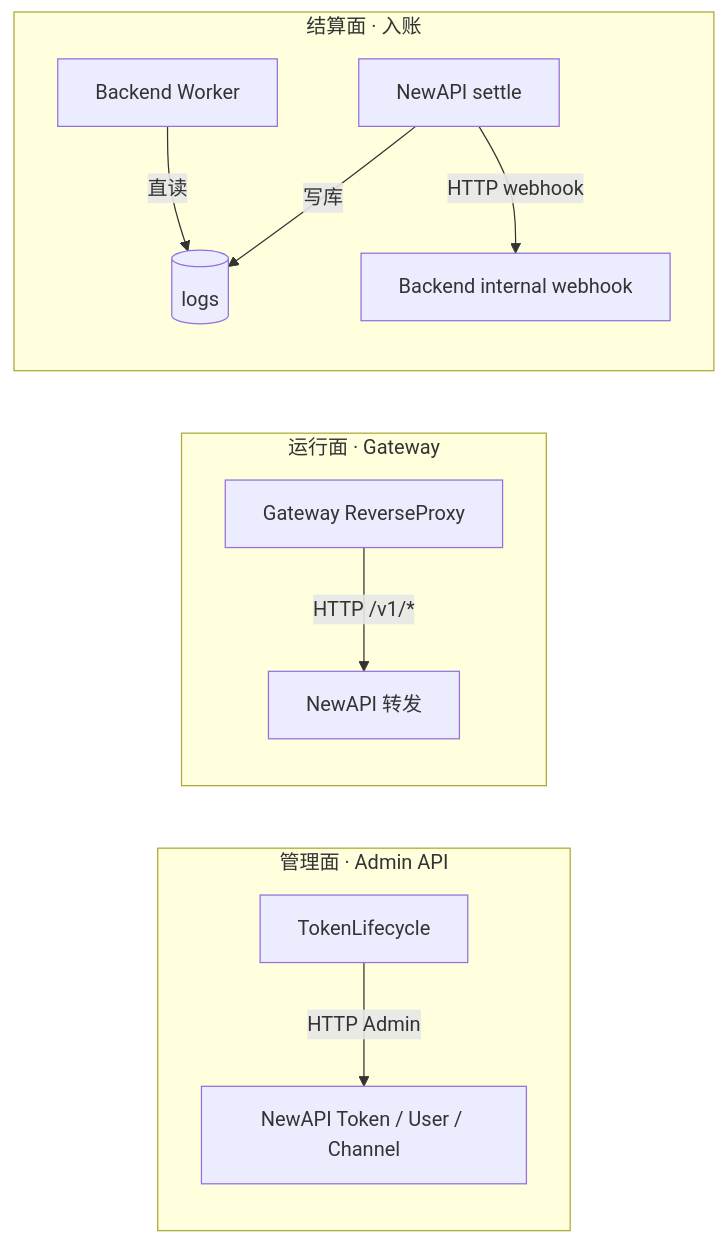
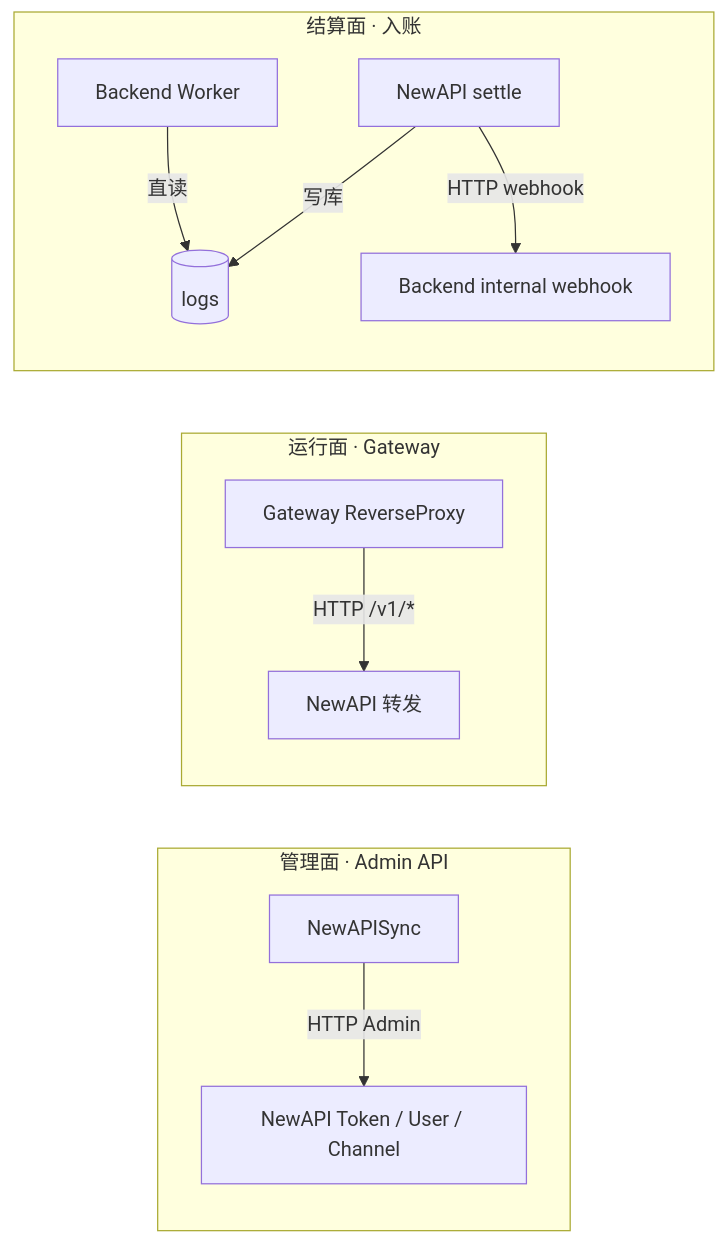
One commit to quyip8818/mytokenjoy changed the third of 8 diagrams in docs/Backend-Ingest架构.md. Above: the diagram before and after it, drawn with Mermaid. The commit also changed other lines of this file and 169 other files, not shown here.

````diff
--- a/docs/Backend-Ingest架构.md
+++ b/docs/Backend-Ingest架构.md
@@ -96,16 +96,16 @@
 ```mermaid
 flowchart LR
   subgraph admin [管理面 · Admin API]
-    LC[TokenLifecycle] -->|HTTP Admin| NA1[NewAPI Token / User / Channel]
+    LC[NewAPISync] -->|HTTP Admin| NA1[NewAPI Token / User / Channel]
   end
 
   subgraph runtime [运行面 · Gateway]
     GW[Gateway ReverseProxy] -->|HTTP /v1/*| NA2[NewAPI 转发]
   end
 
   subgraph settle [结算面 · 入账]
     NA3[NewAPI settle] -->|写库| LOG[(logs)]
     NA3 -->|HTTP webhook| WH[Backend internal webhook]
     WK[Backend Worker] -->|直读| LOG
   end
 ```
````
